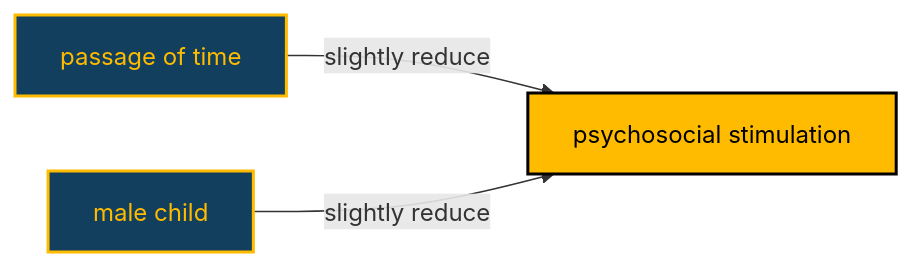
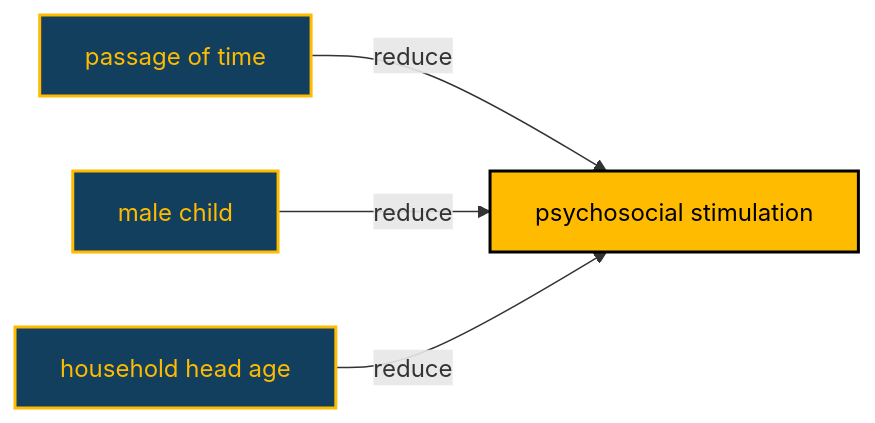
One commit to agrogan1/research changed the diagram in MICSPLUS/diagram.md. Above: the diagram before and after it, drawn with Mermaid.

````diff
--- a/MICSPLUS/diagram.md
+++ b/MICSPLUS/diagram.md
@@ -1,27 +1,31 @@
 ```mermaid
 
 flowchart LR
 
   classDef yellow fill:#FFC20E,stroke:#000000,stroke-width:2px,color:#000000;
   
   classDef cyan fill:#1CABE2,stroke:#000000,stroke-width:2px,color:#FFFFFF;
   
   classDef red fill:#E2231A,stroke:#000000,stroke-width:2px,color:#FFFFFF;
   
   classDef orange fill:#F26A21,stroke:#000000,stroke-width:2px,color:#FFFFFF;
 
   classDef tidal fill:#113f5d,color:#FFBB00,stroke:#FFBB00,stroke-width:2px
 
   classDef tidal2 fill:#FFBB00,color:#000000,stroke:#000000,stroke-width:2px
 
   time[passage of time]:::tidal
 
   psychosocial[psychosocial stimulation]:::tidal2
 
   male[male child]:::tidal
 
-  time --> |"slightly reduce"| psychosocial
+  age[household head age]:::tidal
 
-  male --> |"slightly reduce"| psychosocial
+  time --> |"reduce"| psychosocial
+
+  male --> |"reduce"| psychosocial
+
+  age --> |"reduce"| psychosocial
 
 ```
````
